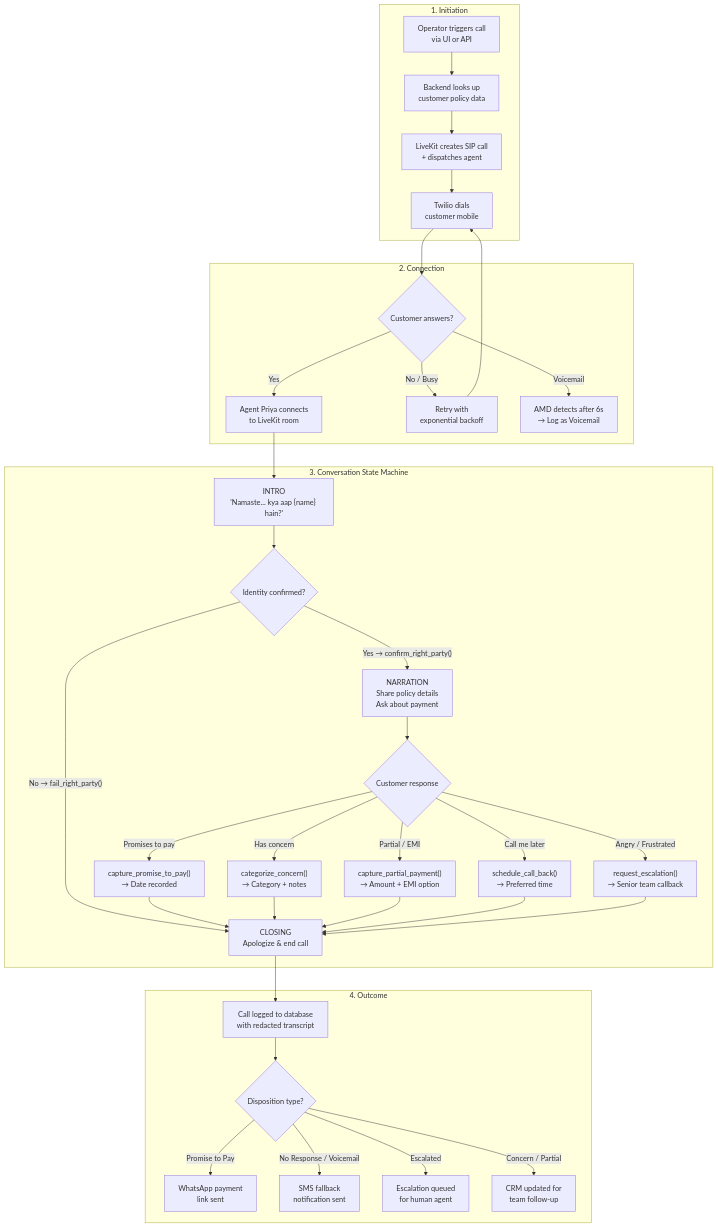
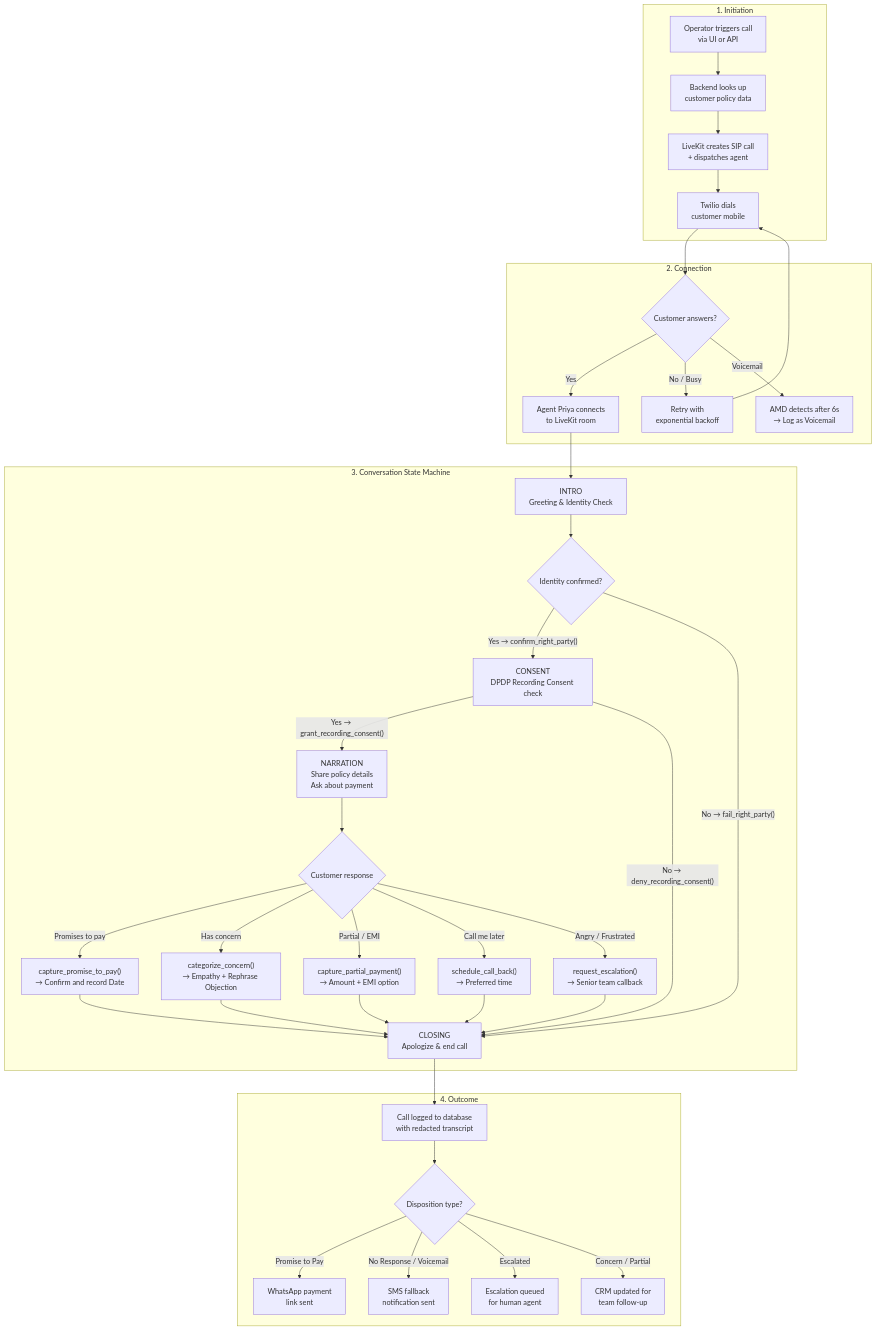
Before and after one commit to tanishra/policybot: the first of 2 diagrams in README.md, drawn with Mermaid. The commit also changed other lines of this file and 4 other files, not shown here.

````diff
--- a/README.md
+++ b/README.md
@@ -70,45 +74,48 @@
 ```mermaid
 graph TB
     subgraph Initiation["1. Initiation"]
         A["Operator triggers call<br/>via UI or API"] --> B["Backend looks up<br/>customer policy data"]
         B --> C["LiveKit creates SIP call<br/>+ dispatches agent"]
         C --> D["Twilio dials<br/>customer mobile"]
     end
 
     subgraph Connect["2. Connection"]
         D --> E{"Customer answers?"}
         E -->|"Yes"| F["Agent Priya connects<br/>to LiveKit room"]
         E -->|"No / Busy"| G["Retry with<br/>exponential backoff"]
         G --> D
         E -->|"Voicemail"| H["AMD detects after 6s<br/>→ Log as Voicemail"]
     end
 
     subgraph Conversation["3. Conversation State Machine"]
-        F --> I["INTRO<br/>'Namaste... kya aap {name} hain?'"]
+        F --> I["INTRO<br/>Greeting & Identity Check"]
         I --> J{"Identity confirmed?"}
-        J -->|"Yes → confirm_right_party()"| K["NARRATION<br/>Share policy details<br/>Ask about payment"]
-        J -->|"No → fail_right_party()"| L["CLOSING<br/>Apologize & end call"]
+        J -->|"Yes → confirm_right_party()"| C_DPDP["CONSENT<br/>DPDP Recording Consent check"]
+        C_DPDP -->|"Yes → grant_recording_consent()"| K["NARRATION<br/>Share policy details<br/>Ask about payment"]
+        C_DPDP -->|"No → deny_recording_consent()"| L["CLOSING<br/>Apologize & end call"]
+        J -->|"No → fail_right_party()"| L
         
         K --> M{"Customer response"}
-        M -->|"Promises to pay"| N["capture_promise_to_pay()<br/>→ Date recorded"]
-        M -->|"Has concern"| O["categorize_concern()<br/>→ Category + notes"]
+        M -->|"Promises to pay"| N["capture_promise_to_pay()<br/>→ Confirm and record Date"]
+        M -->|"Has concern"| O["categorize_concern()<br/>→ Empathy + Rephrase Objection"]
         M -->|"Partial / EMI"| P["capture_partial_payment()<br/>→ Amount + EMI option"]
         M -->|"Call me later"| Q["schedule_call_back()<br/>→ Preferred time"]
         M -->|"Angry / Frustrated"| R["request_escalation()<br/>→ Senior team callback"]
         
         N --> L
         O --> L
         P --> L
         Q --> L
         R --> L
     end
 
+
     subgraph Outcome["4. Outcome"]
         L --> S["Call logged to database<br/>with redacted transcript"]
         S --> T{"Disposition type?"}
         T -->|"Promise to Pay"| U["WhatsApp payment<br/>link sent"]
         T -->|"No Response / Voicemail"| V["SMS fallback<br/>notification sent"]
         T -->|"Escalated"| W["Escalation queued<br/>for human agent"]
         T -->|"Concern / Partial"| X["CRM updated for<br/>team follow-up"]
     end
 ```
````
